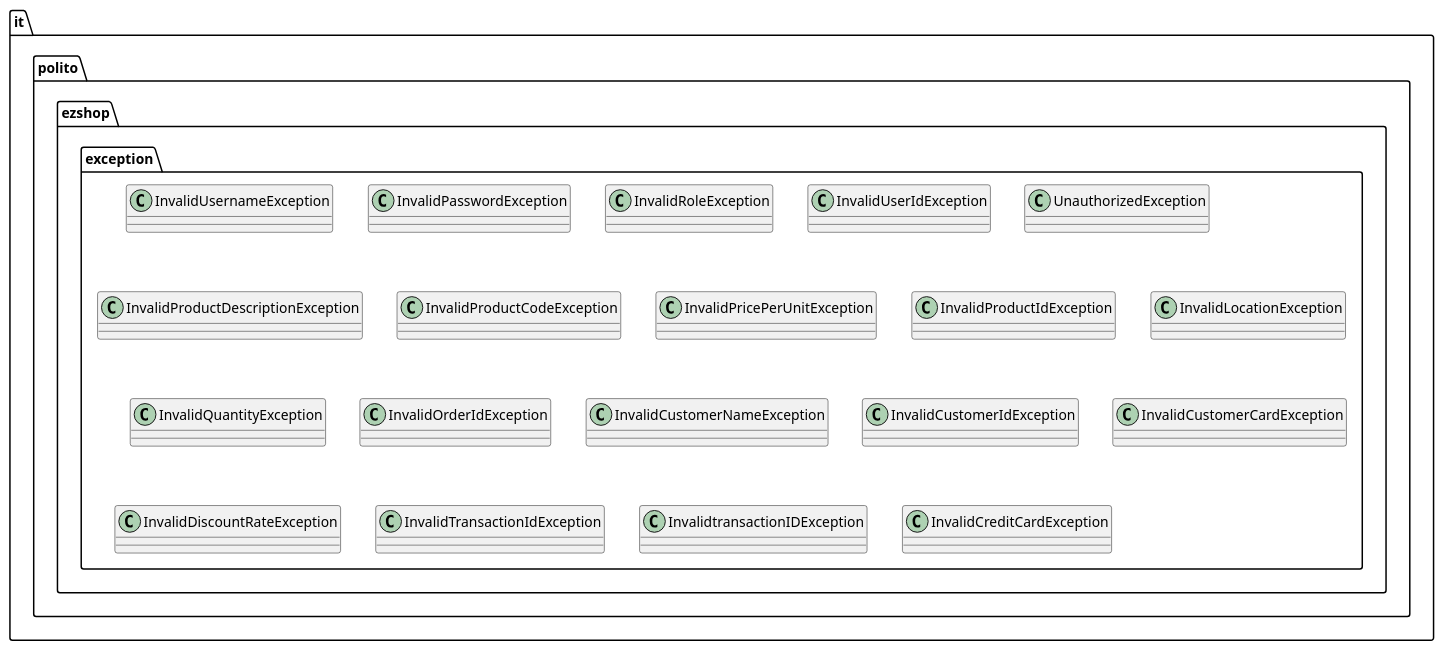
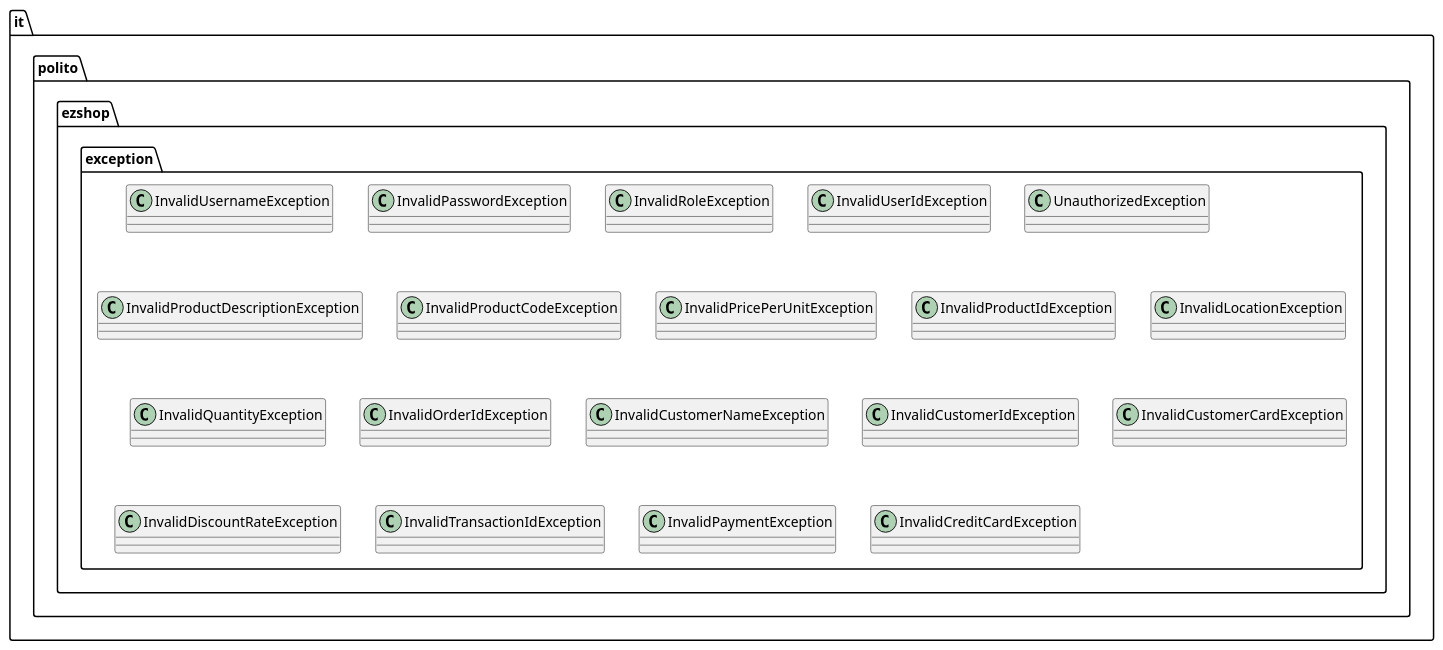
One commit to MatteoBattilana/EzShop changed the third of 14 diagrams in Deliverables/DesignDocument.md. Above: the diagram before and after it, drawn with PlantUML. The commit also changed other lines of this file, not shown here.

````diff
--- a/Deliverables/DesignDocument.md
+++ b/Deliverables/DesignDocument.md
@@ -280,30 +279,30 @@
 ```plantuml
 package it.polito.ezshop.exception {
 class InvalidUsernameException
 class InvalidPasswordException
 class InvalidRoleException
 
 class InvalidUserIdException
 class UnauthorizedException
 
 class InvalidProductDescriptionException
 class InvalidProductCodeException
 class InvalidPricePerUnitException
 class InvalidProductIdException
 class InvalidLocationException
 class InvalidQuantityException
 
 class InvalidOrderIdException
 class InvalidCustomerNameException
 class InvalidCustomerIdException
 class InvalidCustomerCardException
 
 class InvalidDiscountRateException
 class InvalidTransactionIdException
-class InvalidtransactionIDException
+class InvalidPaymentException
 
 class InvalidCreditCardException
 }
 
 
 ```
````
